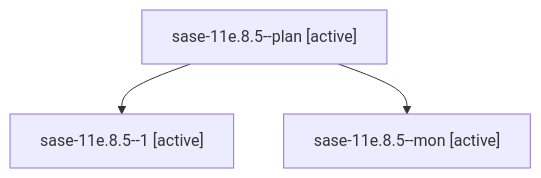
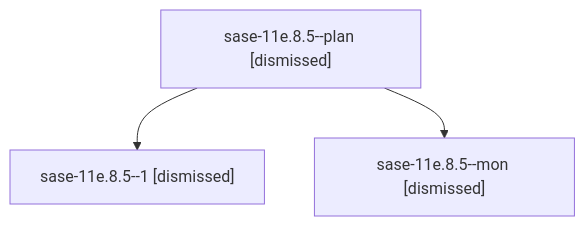
The diagram in sessions/bbugyi200.athena.sase-11e.8.5.md (sase-org/sase--agents), drawn with Mermaid before and after one commit. The commit also changed other lines of this file and 199 other files, not shown here.

````diff
--- a/sessions/bbugyi200.athena.sase-11e.8.5.md
+++ b/sessions/bbugyi200.athena.sase-11e.8.5.md
@@ -9,8 +9,8 @@
 ```mermaid
 flowchart TD
-  n0["sase-11e.8.5--plan [active]"]
-  n1["sase-11e.8.5--1 [active]"]
+  n0["sase-11e.8.5--plan [dismissed]"]
+  n1["sase-11e.8.5--1 [dismissed]"]
   n0 --> n1
-  n2["sase-11e.8.5--mon [active]"]
+  n2["sase-11e.8.5--mon [dismissed]"]
   n0 --> n2
 ```
````
